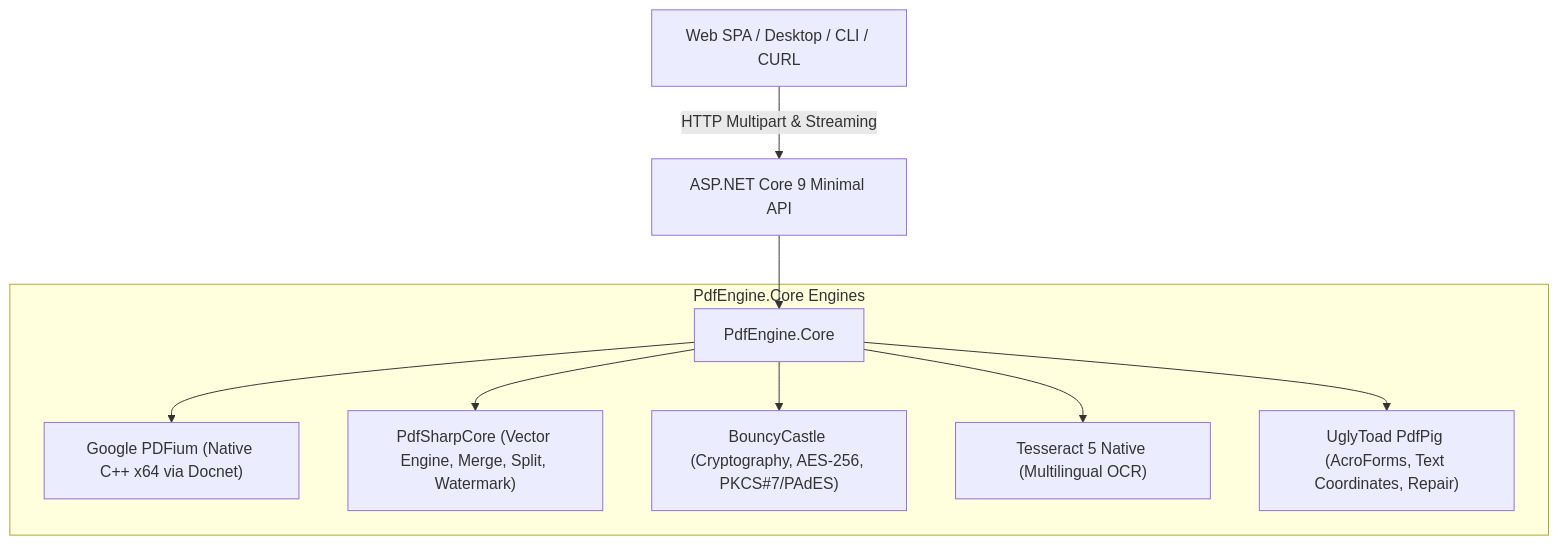
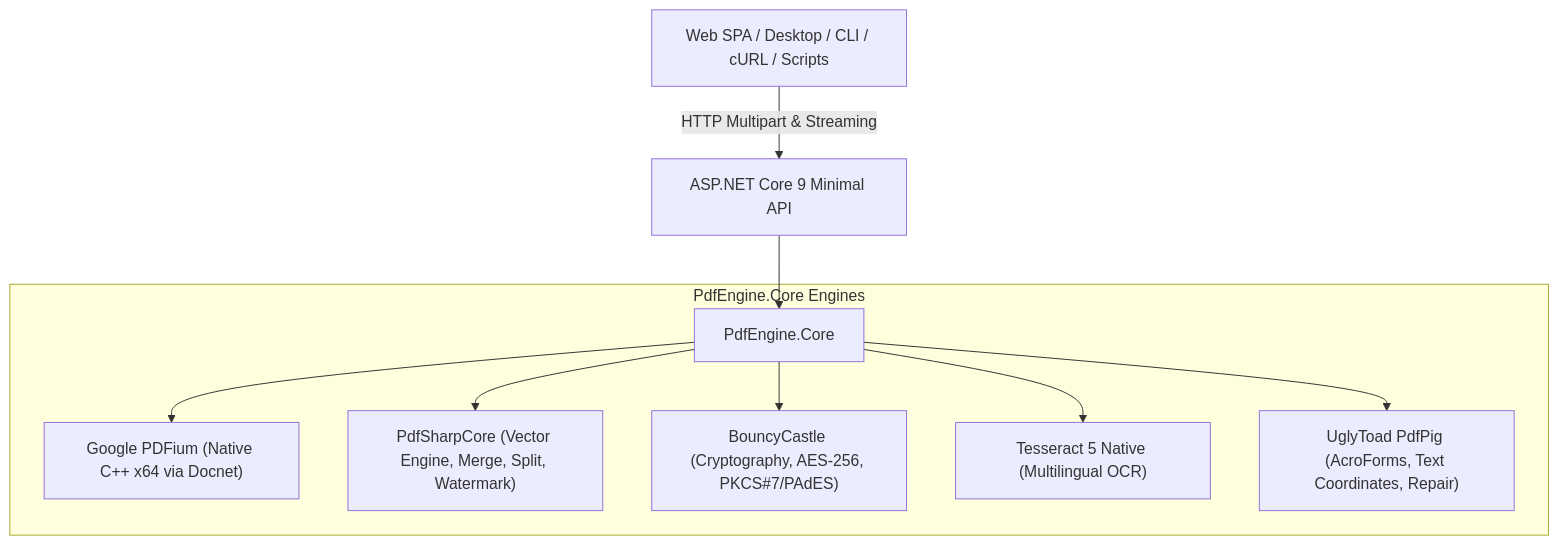
One commit to jdelavega23/pdf-powerhouse changed the diagram in README.md. Above: the diagram before and after it, drawn with Mermaid. The commit also changed other lines of this file and 3 other files, not shown here.

````diff
--- a/README.md
+++ b/README.md
@@ -57,13 +73,13 @@
 ```mermaid
 graph TD
-    Client[Web SPA / Desktop / CLI / CURL] -->|HTTP Multipart & Streaming| API[ASP.NET Core 9 Minimal API]
+    Client[Web SPA / Desktop / CLI / cURL / Scripts] -->|HTTP Multipart & Streaming| API[ASP.NET Core 9 Minimal API]
     API --> Core[PdfEngine.Core]
     
     subgraph "PdfEngine.Core Engines"
         Core --> PDFium["Google PDFium (Native C++ x64 via Docnet)"]
         Core --> PdfSharp["PdfSharpCore (Vector Engine, Merge, Split, Watermark)"]
         Core --> Crypto["BouncyCastle (Cryptography, AES-256, PKCS#7/PAdES)"]
         Core --> OCR["Tesseract 5 Native (Multilingual OCR)"]
         Core --> PdfPig["UglyToad PdfPig (AcroForms, Text Coordinates, Repair)"]
     end
 ```
````
